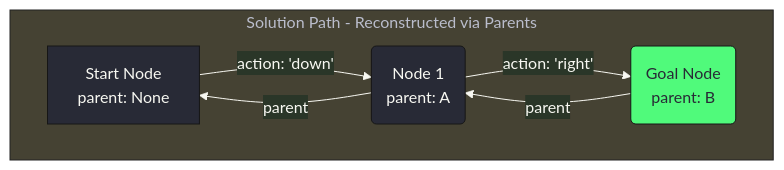
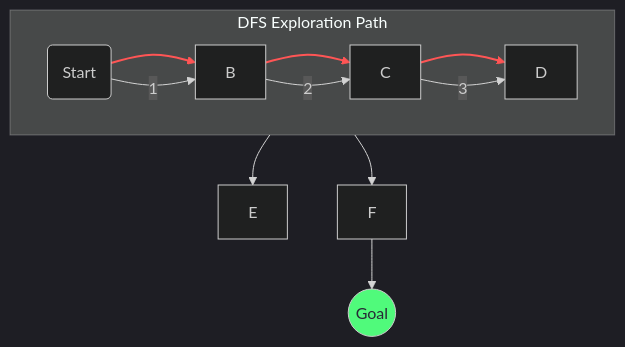
Before and after one commit to eltay89/eltay89.github.io: the first of 5 diagrams in _posts/2025-08-08-ai-search-algorithms-a-z.md, drawn with Mermaid. The commit also changed other lines of this file, not shown here.

````diff
--- a/_posts/2025-08-08-ai-search-algorithms-a-z.md
+++ b/_posts/2025-08-08-ai-search-algorithms-a-z.md
@@ -46,14 +38,17 @@
 ```mermaid
-%%{ init: { 'theme': 'base', 'themeVariables': { 'primaryColor': '#282a36', 'lineColor': '#f8f8f2', 'textColor': '#f8f8f2', 'primaryTextColor': '#f8f8f2' } } }%%
+%%{ init: { 'theme': 'dark' } }%%
 graph TD
-    A[Start Node <br> parent: None] -->|action: 'down'| B(Node 1 <br> parent: A);
-    B -->|action: 'right'| C(Goal Node <br> parent: B);
+    A(Start) --> B --> C --> D;
+    B --> E;
+    A --> F --> G((Goal));
     
-    subgraph "Solution Path - Reconstructed via Parents"
-      direction LR
-      C -- parent --> B -- parent --> A
+    subgraph "DFS Exploration Path"
+        direction LR
+        A -- 1 --> B -- 2 --> C -- 3 --> D;
     end
-
+    
+    linkStyle 0,1,2 stroke:#ff5555,stroke-width:2px;
+    
     classDef goal fill:#50fa7b,color:#282a36;
-    class C goal;
+    class G goal;
 ```
````
